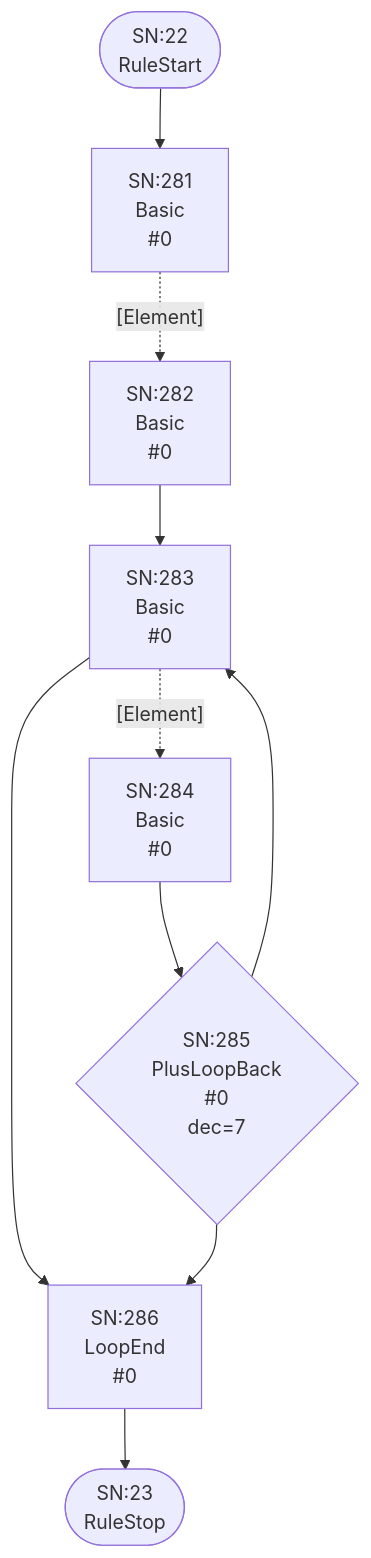
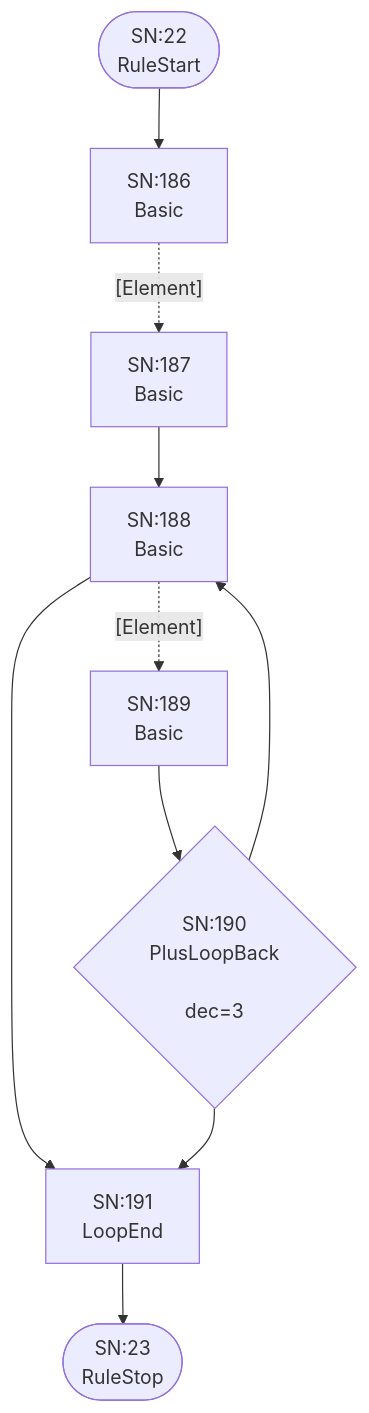
Diagram 12 of 25 in internal/grammar/atn.md (TypeFox/fastbelt), drawn with Mermaid before and after one commit. The commit also changed other lines of this file and 7 other files, not shown here.

````diff
--- a/internal/grammar/atn.md
+++ b/internal/grammar/atn.md
@@ -358,21 +358,21 @@
 ```mermaid
 flowchart TD
     q22(["SN:22<br/>RuleStart"])
     q23(["SN:23<br/>RuleStop"])
-    q281["SN:281<br/>Basic<br/> #0"]
-    q282["SN:282<br/>Basic<br/> #0"]
-    q283["SN:283<br/>Basic<br/> #0"]
-    q284["SN:284<br/>Basic<br/> #0"]
-    q285{"SN:285<br/>PlusLoopBack<br/> #0<br/>dec=7"}
-    q286["SN:286<br/>LoopEnd<br/> #0"]
+    q186["SN:186<br/>Basic<br/>"]
+    q187["SN:187<br/>Basic<br/>"]
+    q188["SN:188<br/>Basic<br/>"]
+    q189["SN:189<br/>Basic<br/>"]
+    q190{"SN:190<br/>PlusLoopBack<br/><br/>dec=3"}
+    q191["SN:191<br/>LoopEnd<br/>"]
 
-    q22 --> q281
-    q281 -.->|"[Element]"| q282
-    q282 --> q283
-    q283 -.->|"[Element]"| q284
-    q283 --> q286
-    q284 --> q285
-    q285 --> q283
-    q285 --> q286
-    q286 --> q23
+    q22 --> q186
+    q186 -.->|"[Element]"| q187
+    q187 --> q188
+    q188 -.->|"[Element]"| q189
+    q188 --> q191
+    q189 --> q190
+    q190 --> q188
+    q190 --> q191
+    q191 --> q23
 ```
````
